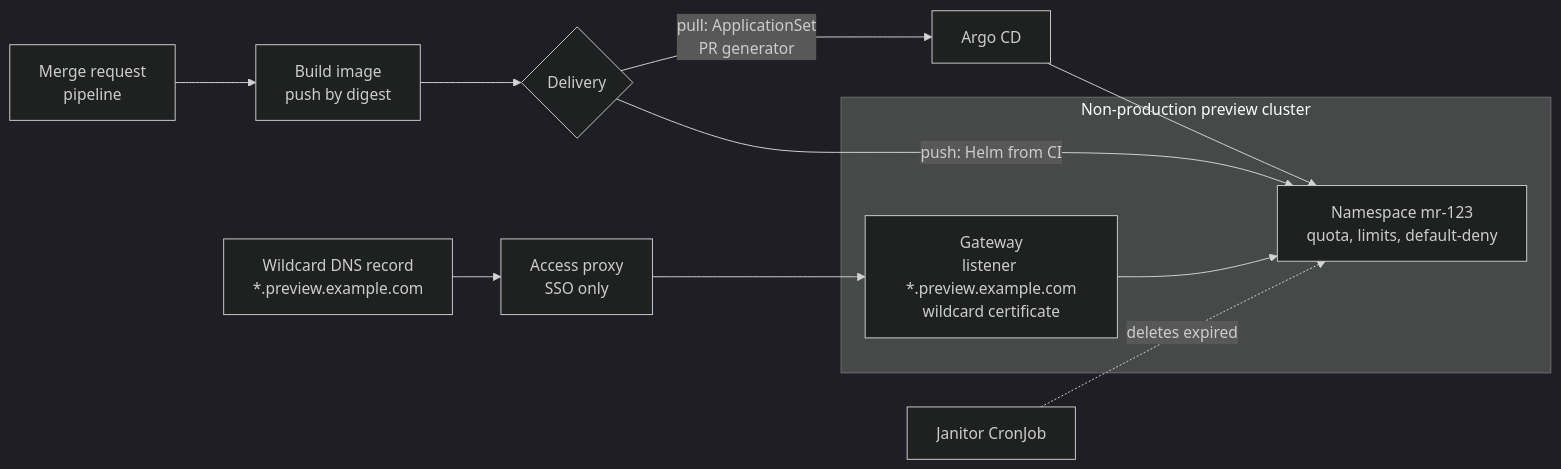
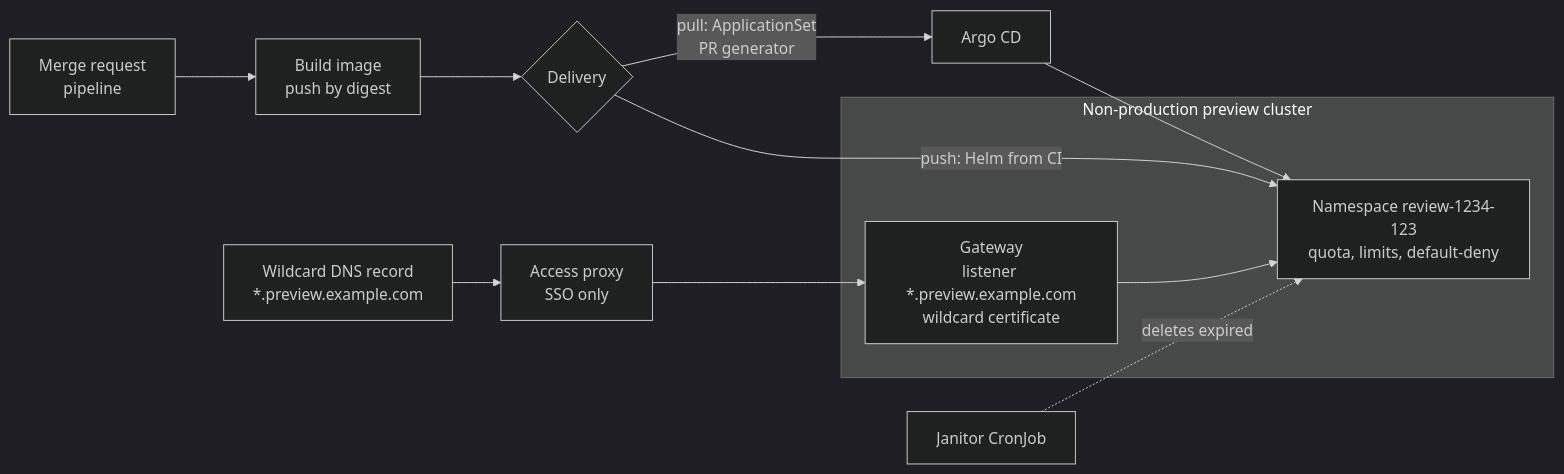
Before and after one commit to greenblacked/Notes: the diagram in content/architecture/ephemeral-preview-environments-on-gke.md, drawn with Mermaid (dark theme). The commit also changed other lines of this file and 1 other file, not shown here.

First line of the commit message:
docs(architecture): align preview names, janitor RBAC and dated checks

````diff
--- a/content/architecture/ephemeral-preview-environments-on-gke.md
+++ b/content/architecture/ephemeral-preview-environments-on-gke.md
@@ -41,14 +43,14 @@
 ```mermaid
 flowchart LR
   MR[Merge request<br/>pipeline] --> BUILD[Build image<br/>push by digest]
   BUILD --> DEPLOY{Delivery}
   DEPLOY -->|push: Helm from CI| NS
   DEPLOY -->|pull: ApplicationSet<br/>PR generator| ARGO[Argo CD] --> NS
   subgraph PREVIEW[Non-production preview cluster]
     GW["Gateway<br/>listener *.preview.example.com<br/>wildcard certificate"]
-    NS[Namespace mr-123<br/>quota, limits, default-deny]
+    NS[Namespace review-1234-123<br/>quota, limits, default-deny]
     GW --> NS
   end
   DNS["Wildcard DNS record<br/>*.preview.example.com"] --> ACCESS[Access proxy<br/>SSO only] --> GW
   JAN[Janitor CronJob] -.deletes expired.-> NS
 ```
````
